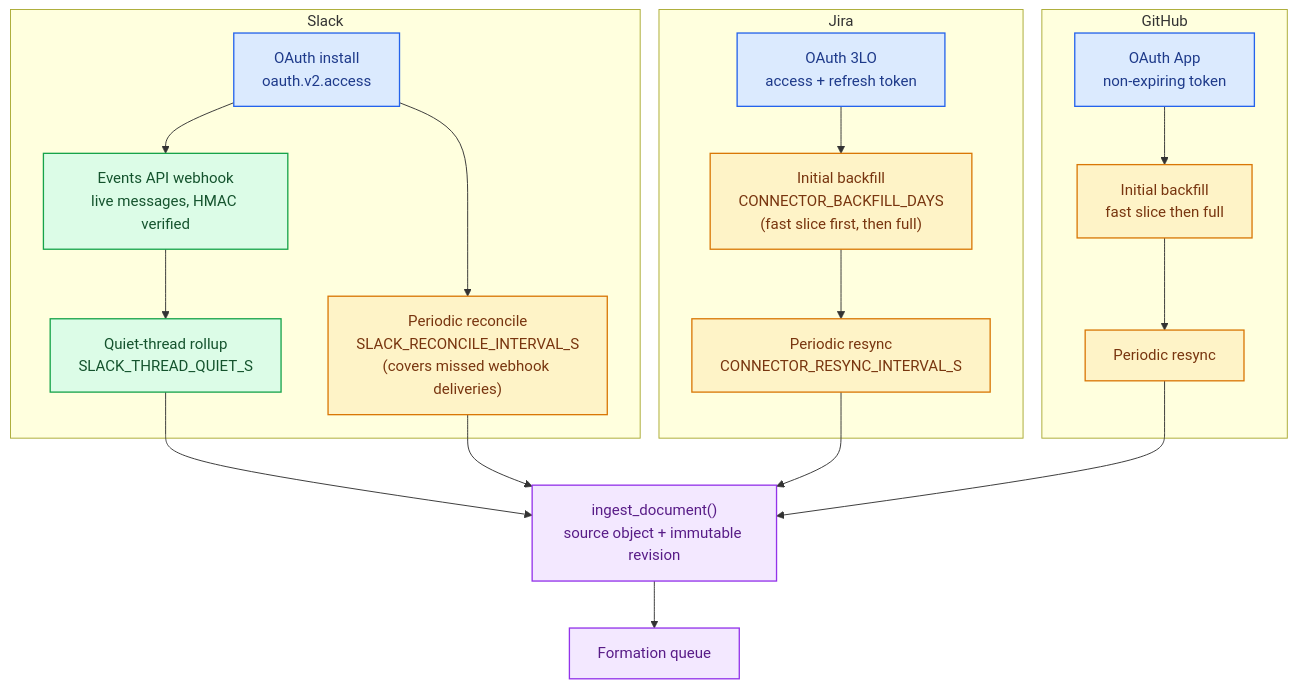
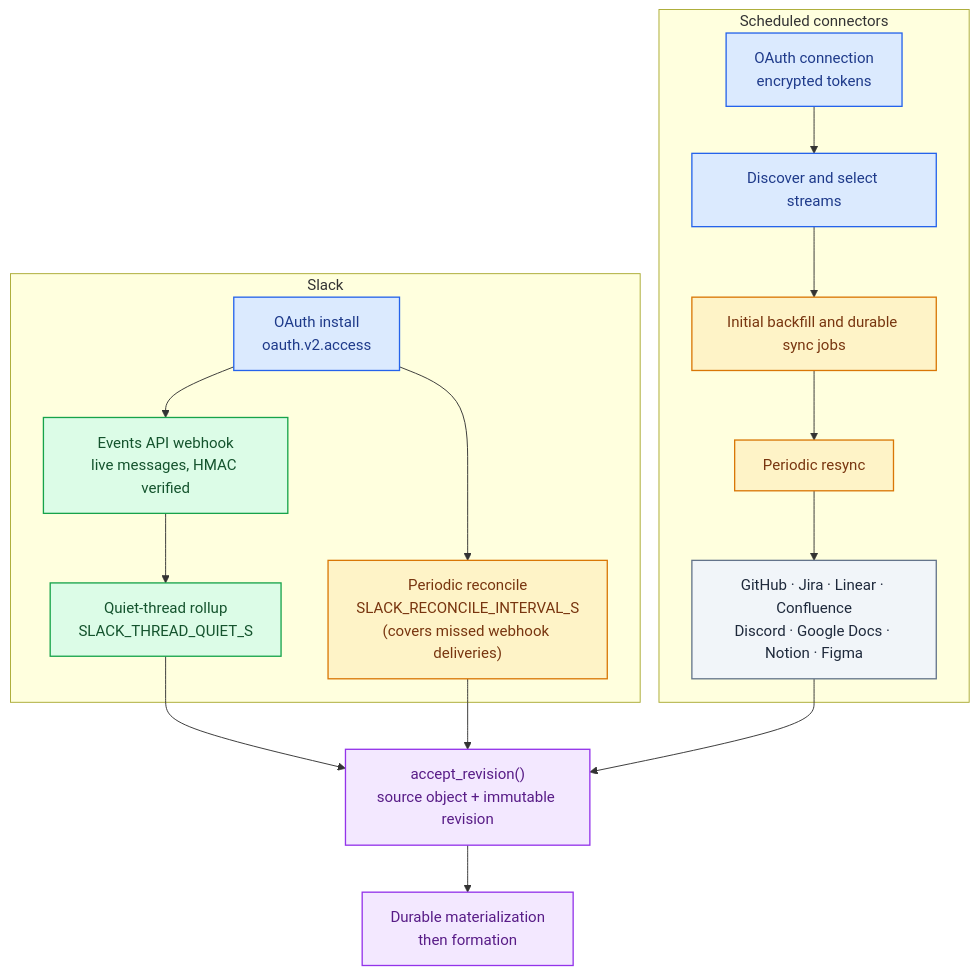
The sixth of 8 diagrams in README.md (KarimMakhlas/YBase), drawn with Mermaid before and after one commit. The commit also changed other lines of this file and 1 other file, not shown here.

Commit message:
docs: rebuild current architecture documentation

````diff
--- a/README.md
+++ b/README.md
@@ -441,36 +459,32 @@
 ```mermaid
 flowchart TB
   subgraph SlackFlow["Slack"]
     S1["OAuth install<br/>oauth.v2.access"]:::blue
     S2["Events API webhook<br/>live messages, HMAC verified"]:::green
     S3["Quiet-thread rollup<br/>SLACK_THREAD_QUIET_S"]:::green
     S4["Periodic reconcile<br/>SLACK_RECONCILE_INTERVAL_S<br/>(covers missed webhook deliveries)"]:::amber
     S1 --> S2 --> S3
     S1 --> S4
   end
-  subgraph JiraFlow["Jira"]
-    J1["OAuth 3LO<br/>access + refresh token"]:::blue
-    J2["Initial backfill<br/>CONNECTOR_BACKFILL_DAYS<br/>(fast slice first, then full)"]:::amber
-    J3["Periodic resync<br/>CONNECTOR_RESYNC_INTERVAL_S"]:::amber
-    J1 --> J2 --> J3
+  subgraph Polling["Scheduled connectors"]
+    P1["OAuth connection<br/>encrypted tokens"]:::blue
+    P2["Discover and select streams"]:::blue
+    P3["Initial backfill and durable sync jobs"]:::amber
+    P4["Periodic resync"]:::amber
+    P5["GitHub · Jira · Linear · Confluence<br/>Discord · Google Docs · Notion · Figma"]:::gray
+    P1 --> P2 --> P3 --> P4 --> P5
   end
-  subgraph GitHubFlow["GitHub"]
-    G1["OAuth App<br/>non-expiring token"]:::blue
-    G2["Initial backfill<br/>fast slice then full"]:::amber
-    G3["Periodic resync"]:::amber
-    G1 --> G2 --> G3
-  end
-  Ingest["ingest_document()<br/>source object + immutable revision"]:::purple
-  Queue["Formation queue"]:::purple
+  Accept["accept_revision()<br/>source object + immutable revision"]:::purple
+  Preprocess["Durable materialization<br/>then formation"]:::purple
 
-  S3 --> Ingest
-  S4 --> Ingest
-  J3 --> Ingest
-  G3 --> Ingest
-  Ingest --> Queue
+  S3 --> Accept
+  S4 --> Accept
+  P5 --> Accept
+  Accept --> Preprocess
 
   classDef blue   fill:#dbeafe,stroke:#2563eb,color:#1e3a8a,stroke-width:1.4px;
   classDef green  fill:#dcfce7,stroke:#16a34a,color:#14532d,stroke-width:1.4px;
   classDef amber  fill:#fef3c7,stroke:#d97706,color:#78350f,stroke-width:1.4px;
   classDef purple fill:#f3e8ff,stroke:#9333ea,color:#581c87,stroke-width:1.4px;
+  classDef gray   fill:#f1f5f9,stroke:#64748b,color:#1e293b,stroke-width:1.4px;
 ```
````
